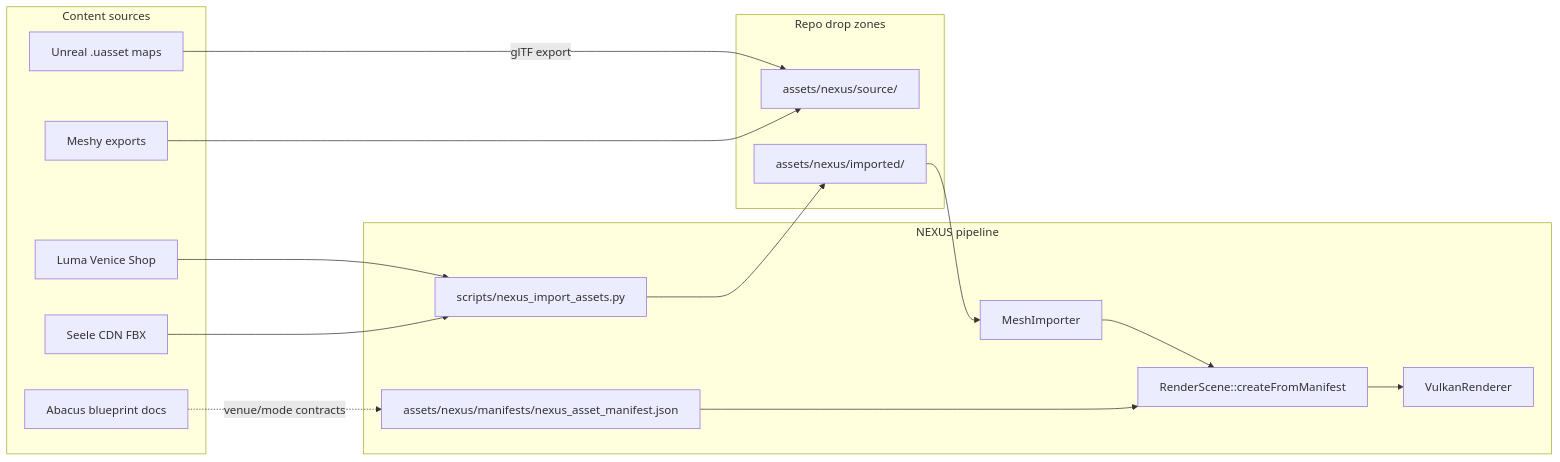
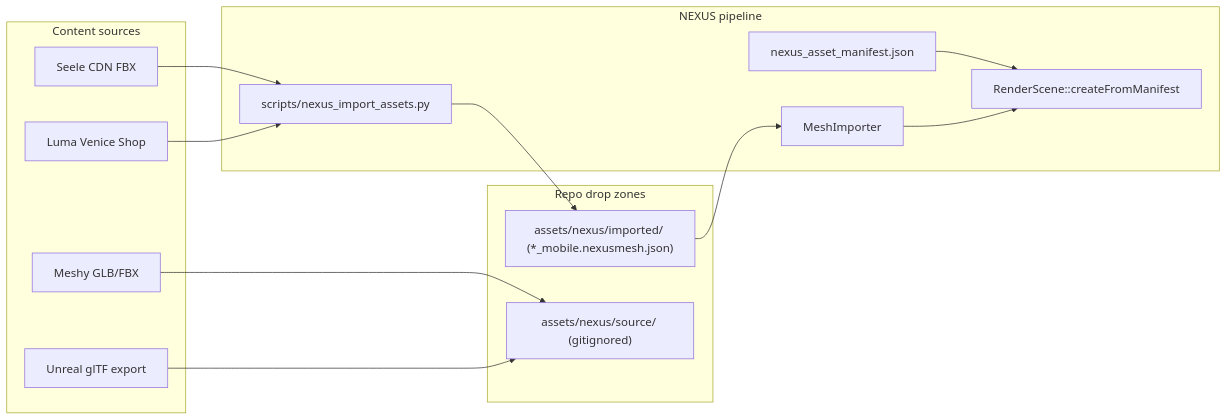
Before and after one commit to Elijahbonds/Final-Evolution-Lab: the diagram in docs/architecture/NEXUS_Asset_Pipeline.md, drawn with Mermaid. The commit also changed other lines of this file and 475 other files, not shown here.

````diff
--- a/docs/architecture/NEXUS_Asset_Pipeline.md
+++ b/docs/architecture/NEXUS_Asset_Pipeline.md
@@ -64,34 +19,30 @@
 ```mermaid
 flowchart LR
   subgraph sources [Content sources]
     Seele[Seele CDN FBX]
     Luma[Luma Venice Shop]
-    Meshy[Meshy exports]
-    UE[Unreal .uasset maps]
-    Abacus[Abacus blueprint docs]
+    Meshy[Meshy GLB/FBX]
+    UE[Unreal glTF export]
   end
 
   subgraph drop [Repo drop zones]
-    SourceDir[assets/nexus/source/]
-    ImportDir[assets/nexus/imported/]
+    SourceDir["assets/nexus/source/ (gitignored)"]
+    ImportDir["assets/nexus/imported/ (*_mobile.nexusmesh.json)"]
   end
 
   subgraph pipeline [NEXUS pipeline]
-    Script[scripts/nexus_import_assets.py]
-    Manifest[assets/nexus/manifests/nexus_asset_manifest.json]
-    Importer[MeshImporter]
-    Scene[RenderScene::createFromManifest]
-    Vulkan[VulkanRenderer]
+    Script["scripts/nexus_import_assets.py"]
+    Manifest["nexus_asset_manifest.json"]
+    Importer["MeshImporter"]
+    Scene["RenderScene::createFromManifest"]
   end
 
   Seele --> Script
   Meshy --> SourceDir
   Luma --> Script
-  UE -->|glTF export| SourceDir
+  UE --> SourceDir
   Script --> ImportDir
   ImportDir --> Importer
   Manifest --> Scene
   Importer --> Scene
-  Scene --> Vulkan
-  Abacus -.->|venue/mode contracts| Manifest
 ```
````
